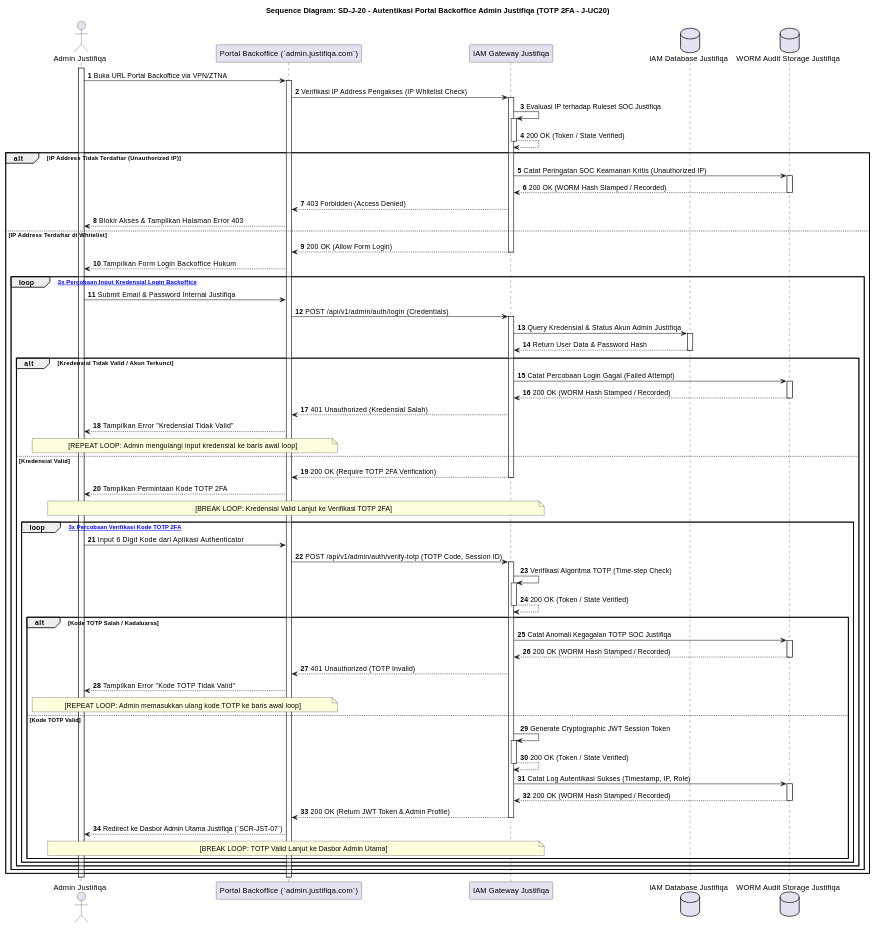
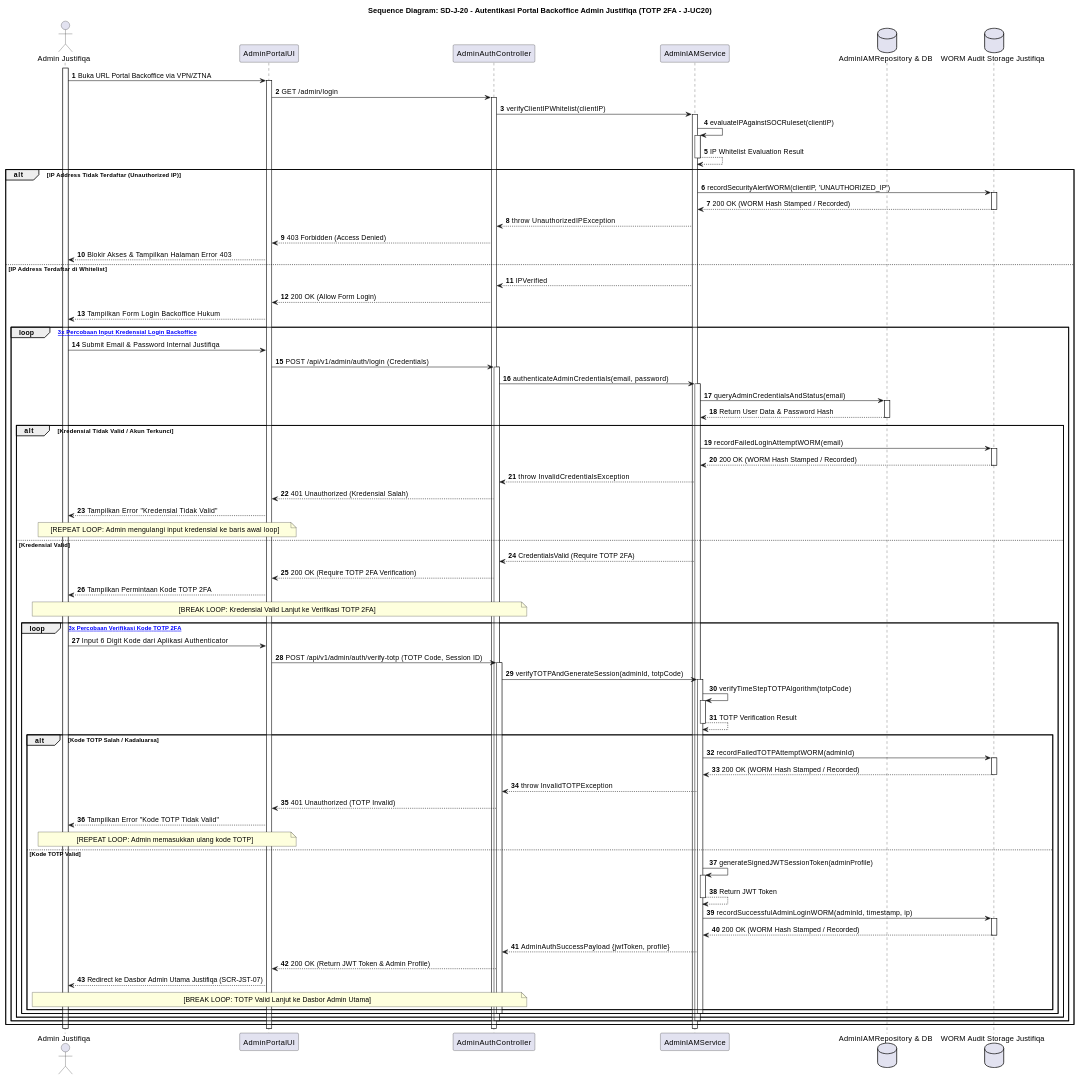
Before and after one commit to tupperwureism/SuperApp-Gagal: diagram 16 of 28 in MarkDown/plantuml_sequence_diagrams.md, drawn with PlantUML. The commit also changed other lines of this file, not shown here.

Commit message:
refactor(uml): normalize Batch 3 sequence diagrams SD-J-11 to SD-J-20 to 5-lifeline BCE and zero-stacking activations

```diff
--- a/MarkDown/plantuml_sequence_diagrams.md
+++ b/MarkDown/plantuml_sequence_diagrams.md
@@ -1667,68 +1750,94 @@
 title Sequence Diagram: SD-J-20 - Autentikasi Portal Backoffice Admin Justifiqa (TOTP 2FA - J-UC20)
 autonumber
 actor "Admin Justifiqa" as Admin
-participant "Portal Backoffice (`admin.justifiqa.com`)" as FE
-participant "IAM Gateway Justifiqa" as IAM
-database "IAM Database Justifiqa" as DB
+participant "AdminPortalUI" as FE
+participant "AdminAuthController" as CTRL
+participant "AdminIAMService" as SVC
+database "AdminIAMRepository & DB" as REPO
 database "WORM Audit Storage Justifiqa" as WORM
 
 activate Admin
 Admin -> FE ++ : Buka URL Portal Backoffice via VPN/ZTNA
-FE -> IAM ++ : Verifikasi IP Address Pengakses (IP Whitelist Check)
-IAM -> IAM ++ : Evaluasi IP terhadap Ruleset SOC Justifiqa
-IAM --> IAM -- : 200 OK (Token / State Verified)
+FE -> CTRL ++ : GET /admin/login
+CTRL -> SVC ++ : verifyClientIPWhitelist(clientIP)
+SVC -> SVC ++ : evaluateIPAgainstSOCRuleset(clientIP)
+SVC --> SVC -- : IP Whitelist Evaluation Result
 
 alt IP Address Tidak Terdaftar (Unauthorized IP)
-    IAM -> WORM ++ : Catat Peringatan SOC Keamanan Kritis (Unauthorized IP)
-    WORM --> IAM -- : 200 OK (WORM Hash Stamped / Recorded)
-    IAM --> FE : 403 Forbidden (Access Denied)
+    SVC -> WORM : recordSecurityAlertWORM(clientIP, 'UNAUTHORIZED_IP')
+    activate WORM
+    WORM --> SVC : 200 OK (WORM Hash Stamped / Recorded)
+    deactivate WORM
+    SVC --> CTRL : throw UnauthorizedIPException
+    CTRL --> FE : 403 Forbidden (Access Denied)
     FE --> Admin : Blokir Akses & Tampilkan Halaman Error 403
 else IP Address Terdaftar di Whitelist
-    IAM --> FE -- : 200 OK (Allow Form Login)
+    SVC --> CTRL : IPVerified
+    CTRL --> FE : 200 OK (Allow Form Login)
     FE --> Admin : Tampilkan Form Login Backoffice Hukum
     
     loop [Maksimal 3x Percobaan Input Kredensial Login Backoffice]
         Admin -> FE : Submit Email & Password Internal Justifiqa
-        FE -> IAM ++ : POST /api/v1/admin/auth/login (Credentials)
-        IAM -> DB ++ : Query Kredensial & Status Akun Admin Justifiqa
-        DB --> IAM -- : Return User Data & Password Hash
+        FE -> CTRL ++ : POST /api/v1/admin/auth/login (Credentials)
+        CTRL -> SVC ++ : authenticateAdminCredentials(email, password)
+        SVC -> REPO : queryAdminCredentialsAndStatus(email)
+        activate REPO
+        REPO --> SVC : Return User Data & Password Hash
+        deactivate REPO
         
         alt Kredensial Tidak Valid / Akun Terkunci
-            IAM -> WORM ++ : Catat Percobaan Login Gagal (Failed Attempt)
-            WORM --> IAM -- : 200 OK (WORM Hash Stamped / Recorded)
-            IAM --> FE : 401 Unauthorized (Kredensial Salah)
+            SVC -> WORM : recordFailedLoginAttemptWORM(email)
+            activate WORM
+            WORM --> SVC : 200 OK (WORM Hash Stamped / Recorded)
+            deactivate WORM
+            SVC --> CTRL : throw InvalidCredentialsException
+            CTRL --> FE : 401 Unauthorized (Kredensial Salah)
             FE --> Admin : Tampilkan Error "Kredensial Tidak Valid"
             note over Admin, FE : [REPEAT LOOP: Admin mengulangi input kredensial ke baris awal loop]
         else Kredensial Valid
-            IAM --> FE -- : 200 OK (Require TOTP 2FA Verification)
+            SVC --> CTRL : CredentialsValid (Require TOTP 2FA)
+            CTRL --> FE : 200 OK (Require TOTP 2FA Verification)
             FE --> Admin : Tampilkan Permintaan Kode TOTP 2FA
-            note over Admin, IAM : [BREAK LOOP: Kredensial Valid Lanjut ke Verifikasi TOTP 2FA]
+            note over Admin, CTRL : [BREAK LOOP: Kredensial Valid Lanjut ke Verifikasi TOTP 2FA]
             
             loop [Maksimal 3x Percobaan Verifikasi Kode TOTP 2FA]
                 Admin -> FE : Input 6 Digit Kode dari Aplikasi Authenticator
-                FE -> IAM ++ : POST /api/v1/admin/auth/verify-totp (TOTP Code, Session ID)
-                IAM -> IAM ++ : Verifikasi Algoritma TOTP (Time-step Check)
-                IAM --> IAM -- : 200 OK (Token / State Verified)
+                FE -> CTRL ++ : POST /api/v1/admin/auth/verify-totp (TOTP Code, Session ID)
+                CTRL -> SVC ++ : verifyTOTPAndGenerateSession(adminId, totpCode)
+                SVC -> SVC ++ : verifyTimeStepTOTPAlgorithm(totpCode)
+                SVC --> SVC -- : TOTP Verification Result
                 
                 alt Kode TOTP Salah / Kadaluarsa
-                    IAM -> WORM ++ : Catat Anomali Kegagalan TOTP SOC Justifiqa
-                    WORM --> IAM -- : 200 OK (WORM Hash Stamped / Recorded)
-                    IAM --> FE : 401 Unauthorized (TOTP Invalid)
+                    SVC -> WORM : recordFailedTOTPAttemptWORM(adminId)
+                    activate WORM
+                    WORM --> SVC : 200 OK (WORM Hash Stamped / Recorded)
+                    deactivate WORM
+                    SVC --> CTRL : throw InvalidTOTPException
+                    CTRL --> FE : 401 Unauthorized (TOTP Invalid)
                     FE --> Admin : Tampilkan Error "Kode TOTP Tidak Valid"
-                    note over Admin, FE : [REPEAT LOOP: Admin memasukkan ulang kode TOTP ke baris awal loop]
+                    note over Admin, FE : [REPEAT LOOP: Admin memasukkan ulang kode TOTP]
                 else Kode TOTP Valid
-                    IAM -> IAM ++ : Generate Cryptographic JWT Session Token
-                    IAM --> IAM -- : 200 OK (Token / State Verified)
-                    IAM -> WORM ++ : Catat Log Autentikasi Sukses (Timestamp, IP, Role)
-                    WORM --> IAM -- : 200 OK (WORM Hash Stamped / Recorded)
-                    IAM --> FE -- : 200 OK (Return JWT Token & Admin Profile)
-                    FE --> Admin : Redirect ke Dasbor Admin Utama Justifiqa (`SCR-JST-07`)
-                    note over Admin, IAM : [BREAK LOOP: TOTP Valid Lanjut ke Dasbor Admin Utama]
+                    SVC -> SVC ++ : generateSignedJWTSessionToken(adminProfile)
+                    SVC --> SVC -- : Return JWT Token
+                    SVC -> WORM : recordSuccessfulAdminLoginWORM(adminId, timestamp, ip)
+                    activate WORM
+                    WORM --> SVC : 200 OK (WORM Hash Stamped / Recorded)
+                    deactivate WORM
+                    SVC --> CTRL : AdminAuthSuccessPayload {jwtToken, profile}
+                    CTRL --> FE : 200 OK (Return JWT Token & Admin Profile)
+                    FE --> Admin : Redirect ke Dasbor Admin Utama Justifiqa (SCR-JST-07)
+                    note over Admin, CTRL : [BREAK LOOP: TOTP Valid Lanjut ke Dasbor Admin Utama]
                 end
+                deactivate SVC
+                deactivate CTRL
             end
         end
+        deactivate SVC
+        deactivate CTRL
     end
 end
+deactivate SVC
+deactivate CTRL
 deactivate FE
 deactivate Admin
 @enduml
```
